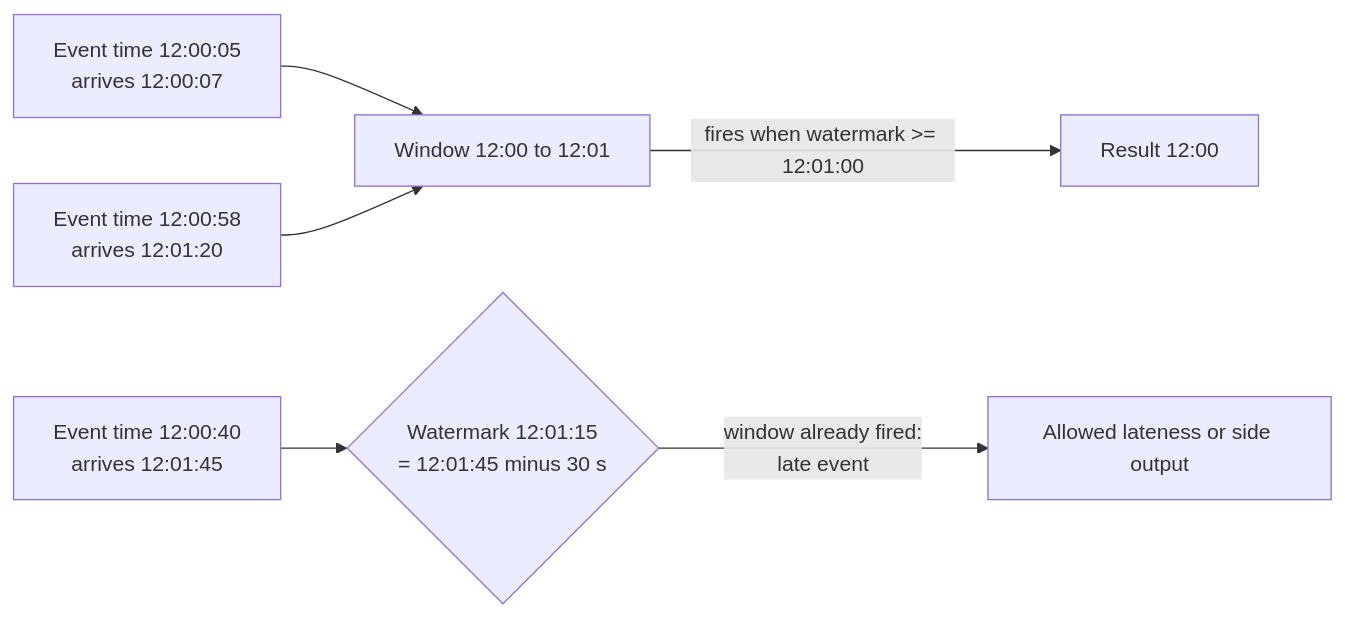
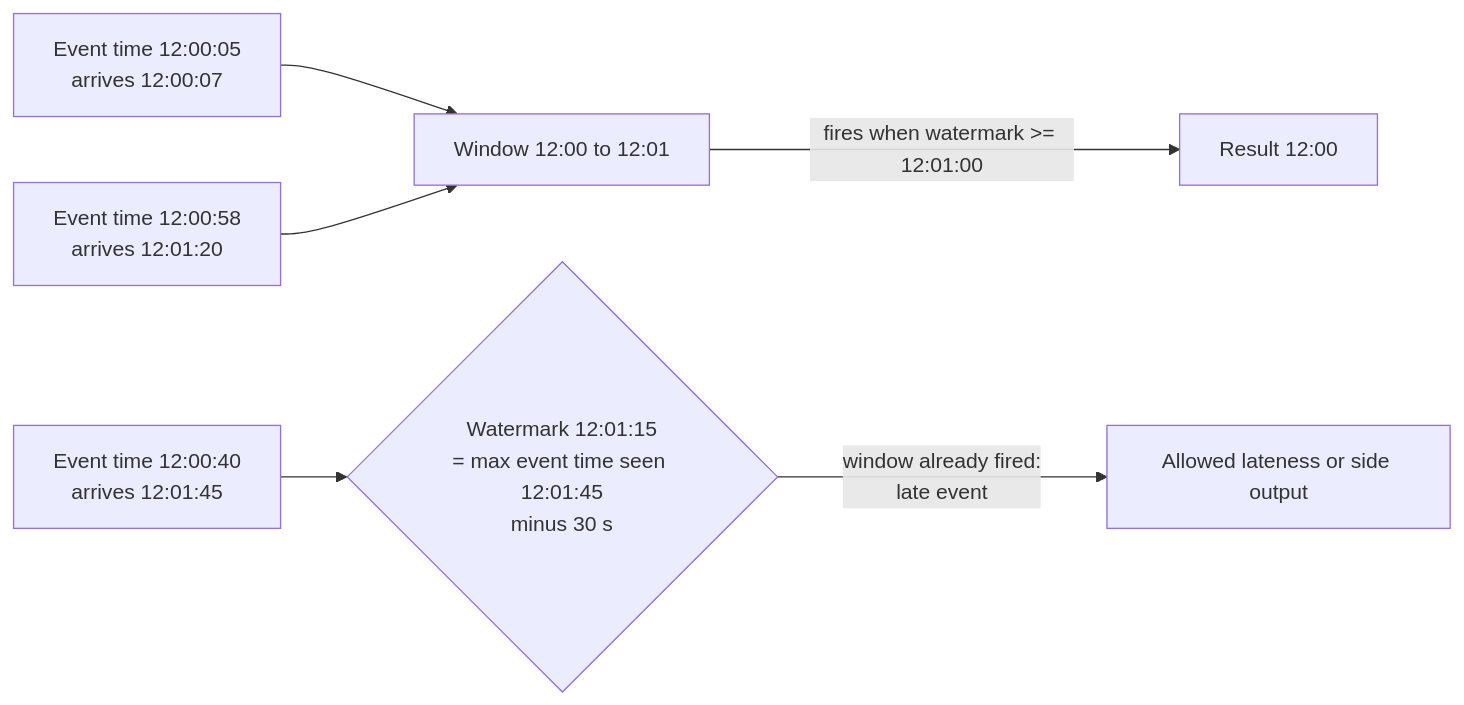
One commit to chaandharaghav/dsa-interview-guide changed the second of 3 diagrams in kb/hld/case-studies/21-ad-click-aggregation.md. Above: the diagram before and after it, drawn with Mermaid. The commit also changed other lines of this file and 1 other file, not shown here.

````diff
--- a/kb/hld/case-studies/21-ad-click-aggregation.md
+++ b/kb/hld/case-studies/21-ad-click-aggregation.md
@@ -229,8 +229,9 @@
 ```mermaid
 flowchart LR
     A[Event time 12:00:05<br/>arrives 12:00:07] --> W[Window 12:00 to 12:01]
     B[Event time 12:00:58<br/>arrives 12:01:20] --> W
-    C[Event time 12:00:40<br/>arrives 12:01:45] --> X{Watermark 12:01:15<br/>= 12:01:45 minus 30 s}
+    X{Watermark 12:01:15<br/>= max event time seen 12:01:45<br/>minus 30 s}
+    C[Event time 12:00:40<br/>arrives 12:01:45] --> X
     W -->|fires when watermark >= 12:01:00| R[Result 12:00]
     X -->|window already fired:<br/>late event| L[Allowed lateness or side output]
 ```
````
